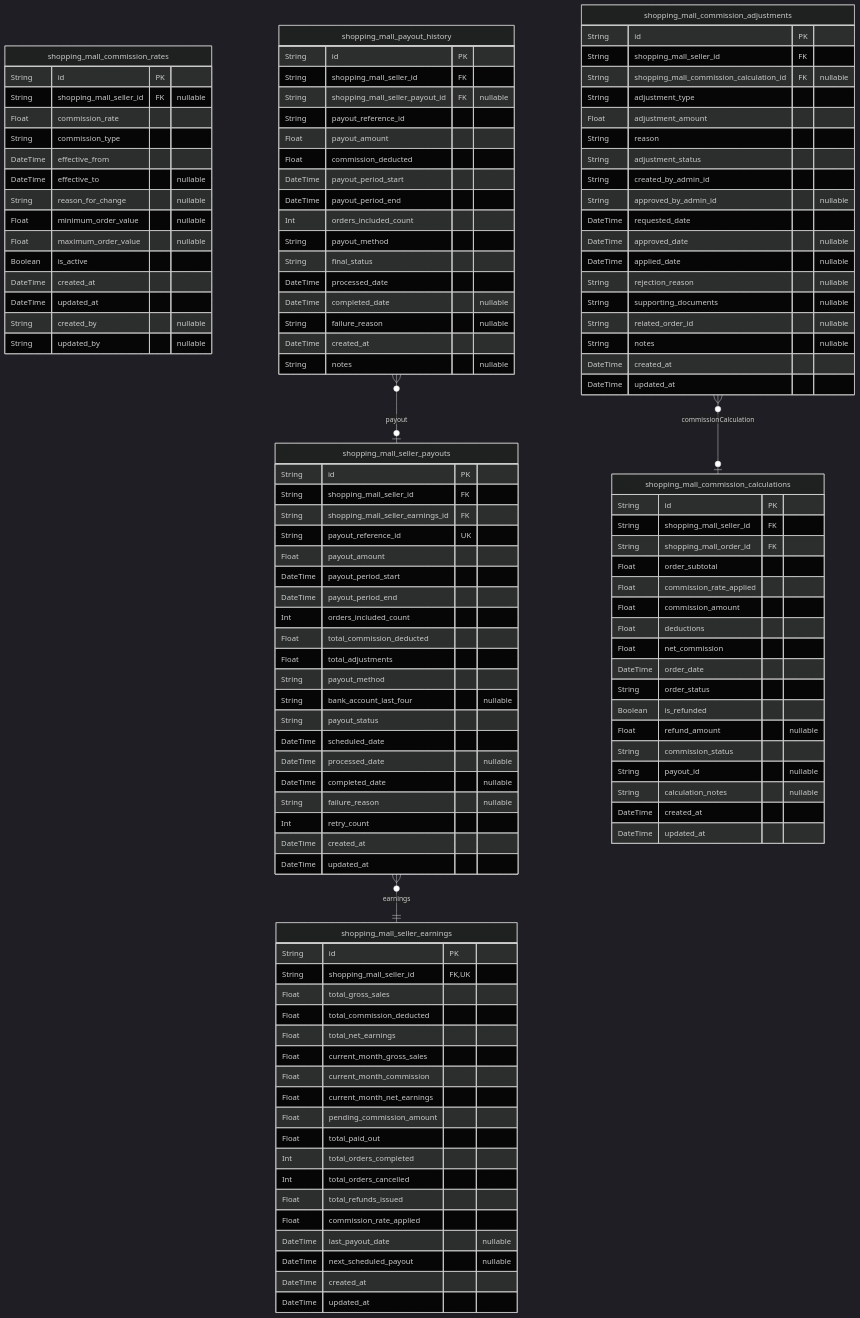
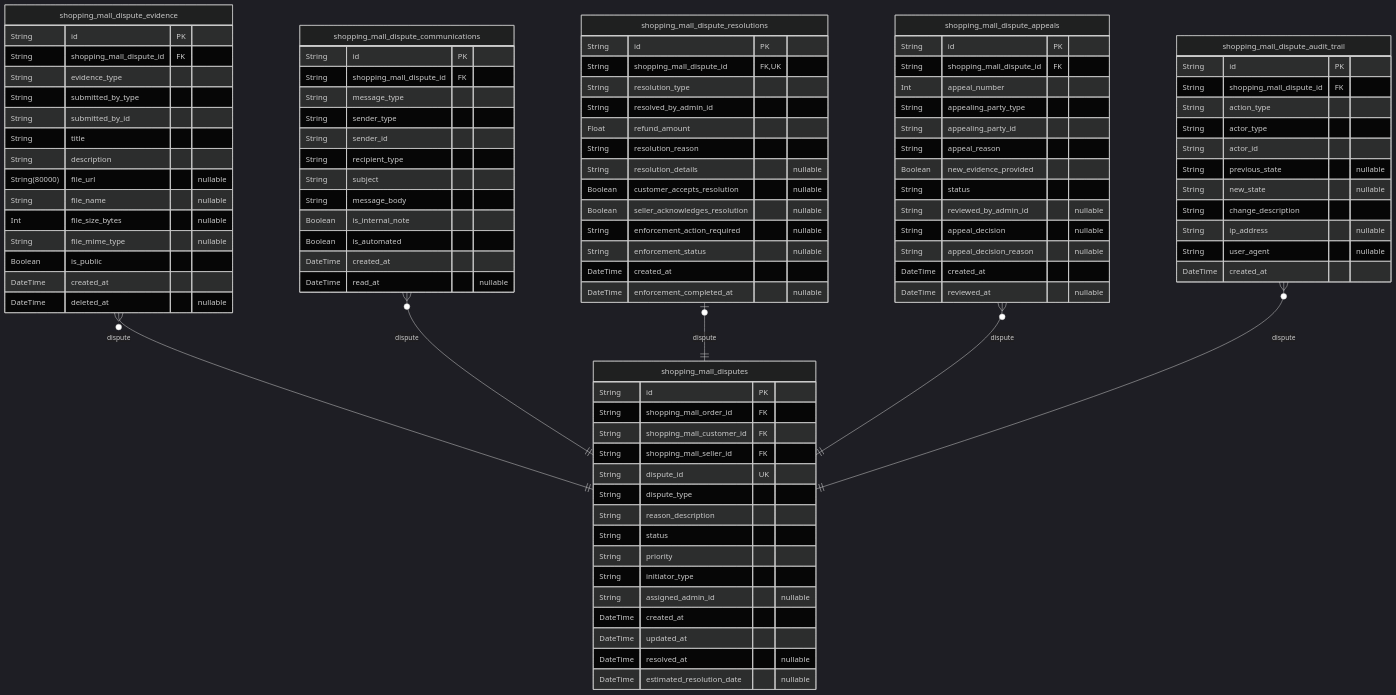
Diagram 11 of 12 in anthropic/claude-haiku-4.5/shopping/docs/ERD.md (wrtnlabs/autobe-examples), drawn with Mermaid (dark theme) before and after one commit. The commit also changed other lines of this file and 16146 other files, not shown here.

````diff
--- a/anthropic/claude-haiku-4.5/shopping/docs/ERD.md
+++ b/anthropic/claude-haiku-4.5/shopping/docs/ERD.md
@@ -4442,121 +4055,98 @@
 ```mermaid
 erDiagram
-"shopping_mall_commission_rates" {
+"shopping_mall_disputes" {
   String id PK
-  String shopping_mall_seller_id FK "nullable"
-  Float commission_rate
-  String commission_type
-  DateTime effective_from
-  DateTime effective_to "nullable"
-  String reason_for_change "nullable"
-  Float minimum_order_value "nullable"
-  Float maximum_order_value "nullable"
-  Boolean is_active
+  String shopping_mall_order_id FK
+  String shopping_mall_customer_id FK
+  String shopping_mall_seller_id FK
+  String dispute_id UK
+  String dispute_type
+  String reason_description
+  String status
+  String priority
+  String initiator_type
+  String assigned_admin_id "nullable"
   DateTime created_at
   DateTime updated_at
-  String created_by "nullable"
-  String updated_by "nullable"
+  DateTime resolved_at "nullable"
+  DateTime estimated_resolution_date "nullable"
 }
-"shopping_mall_seller_earnings" {
+"shopping_mall_dispute_evidence" {
   String id PK
-  String shopping_mall_seller_id FK,UK
-  Float total_gross_sales
-  Float total_commission_deducted
-  Float total_net_earnings
-  Float current_month_gross_sales
-  Float current_month_commission
-  Float current_month_net_earnings
-  Float pending_commission_amount
-  Float total_paid_out
-  Int total_orders_completed
-  Int total_orders_cancelled
-  Float total_refunds_issued
-  Float commission_rate_applied
-  DateTime last_payout_date "nullable"
-  DateTime next_scheduled_payout "nullable"
+  String shopping_mall_dispute_id FK
+  String evidence_type
+  String submitted_by_type
+  String submitted_by_id
+  String title
+  String description
+  String(80000) file_url "nullable"
+  String file_name "nullable"
+  Int file_size_bytes "nullable"
+  String file_mime_type "nullable"
+  Boolean is_public
   DateTime created_at
-  DateTime updated_at
+  DateTime deleted_at "nullable"
 }
-"shopping_mall_seller_payouts" {
+"shopping_mall_dispute_communications" {
   String id PK
-  String shopping_mall_seller_id FK
-  String shopping_mall_seller_earnings_id FK
-  String payout_reference_id UK
-  Float payout_amount
-  DateTime payout_period_start
-  DateTime payout_period_end
-  Int orders_included_count
-  Float total_commission_deducted
-  Float total_adjustments
-  String payout_method
-  String bank_account_last_four "nullable"
-  String payout_status
-  DateTime scheduled_date
-  DateTime processed_date "nullable"
-  DateTime completed_date "nullable"
-  String failure_reason "nullable"
-  Int retry_count
+  String shopping_mall_dispute_id FK
+  String message_type
+  String sender_type
+  String sender_id
+  String recipient_type
+  String subject
+  String message_body
+  Boolean is_internal_note
+  Boolean is_automated
   DateTime created_at
-  DateTime updated_at
+  DateTime read_at "nullable"
 }
-"shopping_mall_payout_history" {
+"shopping_mall_dispute_resolutions" {
   String id PK
-  String shopping_mall_seller_id FK
-  String shopping_mall_seller_payout_id FK "nullable"
-  String payout_reference_id
-  Float payout_amount
-  Float commission_deducted
-  DateTime payout_period_start
-  DateTime payout_period_end
-  Int orders_included_count
-  String payout_method
-  String final_status
-  DateTime processed_date
-  DateTime completed_date "nullable"
-  String failure_reason "nullable"
+  String shopping_mall_dispute_id FK,UK
+  String resolution_type
+  String resolved_by_admin_id
+  Float refund_amount
+  String resolution_reason
+  String resolution_details "nullable"
+  Boolean customer_accepts_resolution "nullable"
+  Boolean seller_acknowledges_resolution "nullable"
+  String enforcement_action_required "nullable"
+  String enforcement_status "nullable"
   DateTime created_at
-  String notes "nullable"
+  DateTime enforcement_completed_at "nullable"
 }
-"shopping_mall_commission_calculations" {
+"shopping_mall_dispute_appeals" {
   String id PK
-  String shopping_mall_seller_id FK
-  String shopping_mall_order_id FK
-  Float order_subtotal
-  Float commission_rate_applied
-  Float commission_amount
-  Float deductions
-  Float net_commission
-  DateTime order_date
-  String order_status
-  Boolean is_refunded
-  Float refund_amount "nullable"
-  String commission_status
-  String payout_id "nullable"
-  String calculation_notes "nullable"
+  String shopping_mall_dispute_id FK
+  Int appeal_number
+  String appealing_party_type
+  String appealing_party_id
+  String appeal_reason
+  Boolean new_evidence_provided
+  String status
+  String reviewed_by_admin_id "nullable"
+  String appeal_decision "nullable"
+  String appeal_decision_reason "nullable"
   DateTime created_at
-  DateTime updated_at
+  DateTime reviewed_at "nullable"
 }
-"shopping_mall_commission_adjustments" {
+"shopping_mall_dispute_audit_trail" {
   String id PK
-  String shopping_mall_seller_id FK
-  String shopping_mall_commission_calculation_id FK "nullable"
-  String adjustment_type
-  Float adjustment_amount
-  String reason
-  String adjustment_status
-  String created_by_admin_id
-  String approved_by_admin_id "nullable"
-  DateTime requested_date
-  DateTime approved_date "nullable"
-  DateTime applied_date "nullable"
-  String rejection_reason "nullable"
-  String supporting_documents "nullable"
-  String related_order_id "nullable"
-  String notes "nullable"
+  String shopping_mall_dispute_id FK
+  String action_type
+  String actor_type
+  String actor_id
+  String previous_state "nullable"
+  String new_state "nullable"
+  String change_description
+  String ip_address "nullable"
+  String user_agent "nullable"
   DateTime created_at
-  DateTime updated_at
 }
-"shopping_mall_seller_payouts" }o--|| "shopping_mall_seller_earnings" : earnings
-"shopping_mall_payout_history" }o--o| "shopping_mall_seller_payouts" : payout
-"shopping_mall_commission_adjustments" }o--o| "shopping_mall_commission_calculations" : commissionCalculation
+"shopping_mall_dispute_evidence" }o--|| "shopping_mall_disputes" : dispute
+"shopping_mall_dispute_communications" }o--|| "shopping_mall_disputes" : dispute
+"shopping_mall_dispute_resolutions" |o--|| "shopping_mall_disputes" : dispute
+"shopping_mall_dispute_appeals" }o--|| "shopping_mall_disputes" : dispute
+"shopping_mall_dispute_audit_trail" }o--|| "shopping_mall_disputes" : dispute
 ```
````
